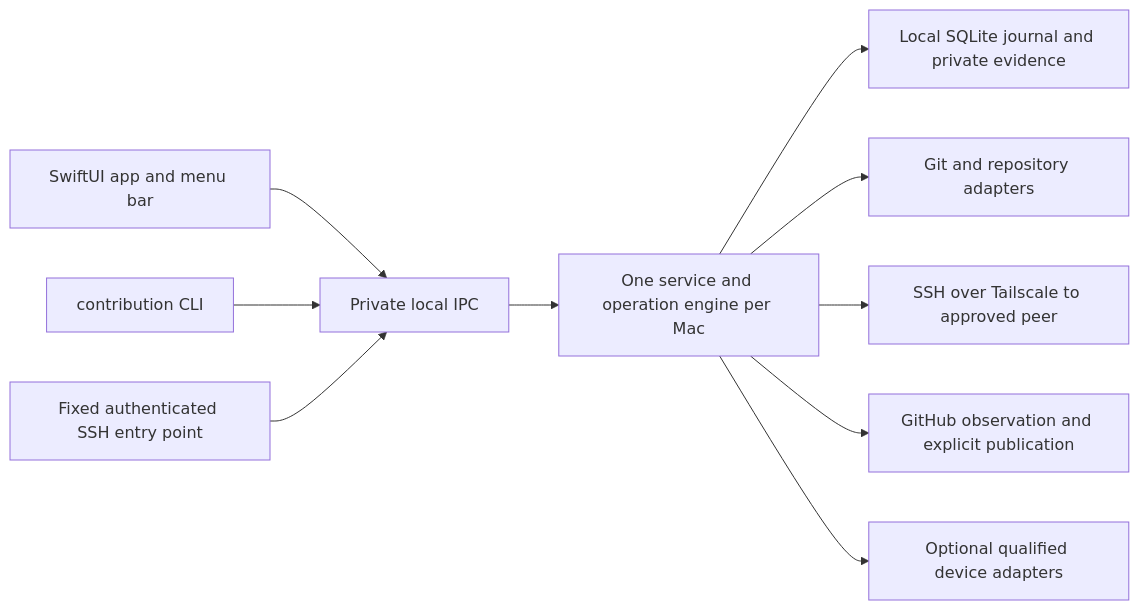
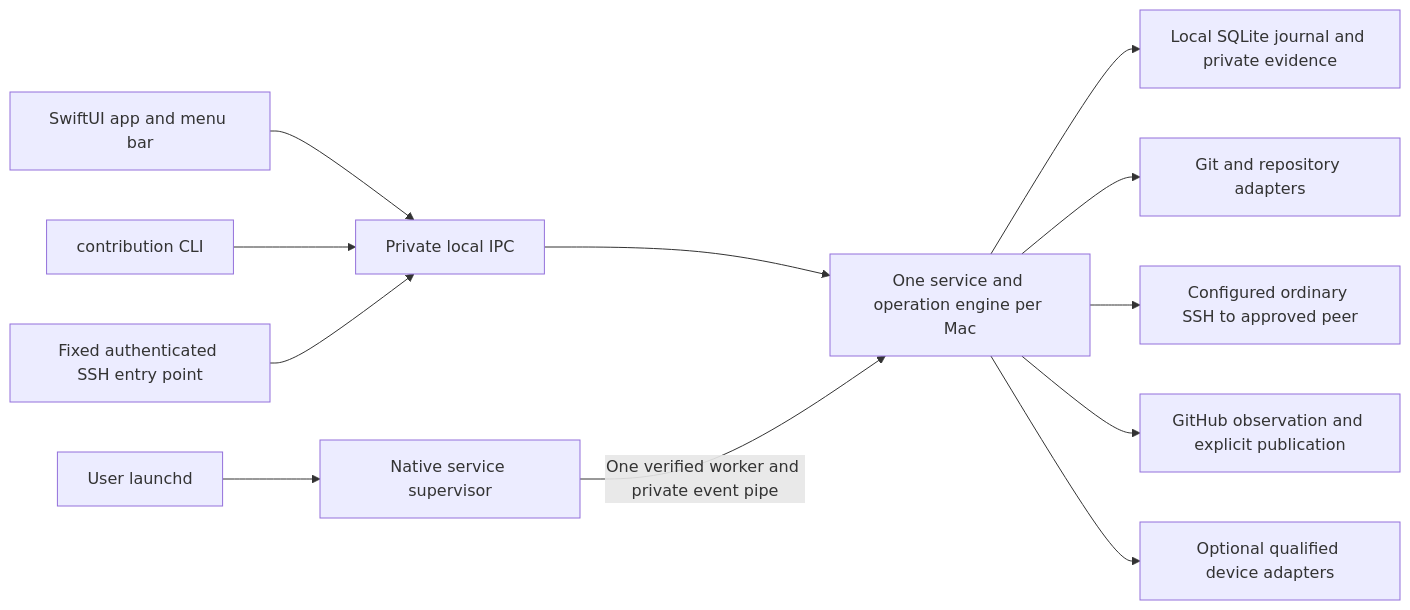
The diagram in docs/ARCHITECTURE.md (Main-Character-Dev/contribution), drawn with Mermaid before and after one commit. The commit also changed other lines of this file and 31 other files, not shown here.

````diff
--- a/docs/ARCHITECTURE.md
+++ b/docs/ARCHITECTURE.md
@@ -5,12 +5,14 @@
 ```mermaid
 flowchart LR
   UI[SwiftUI app and menu bar] --> IPC[Private local IPC]
   CLI[contribution CLI] --> IPC
   SSH[Fixed authenticated SSH entry point] --> IPC
   IPC --> Engine[One service and operation engine per Mac]
+  Launchd[User launchd] --> Supervisor[Native service supervisor]
+  Supervisor -->|One verified worker and private event pipe| Engine
   Engine --> Store[Local SQLite journal and private evidence]
   Engine --> Git[Git and repository adapters]
-  Engine --> Peer[SSH over Tailscale to approved peer]
+  Engine --> Peer[Configured ordinary SSH to approved peer]
   Engine --> GH[GitHub observation and explicit publication]
   Engine --> Device[Optional qualified device adapters]
 ```
````
